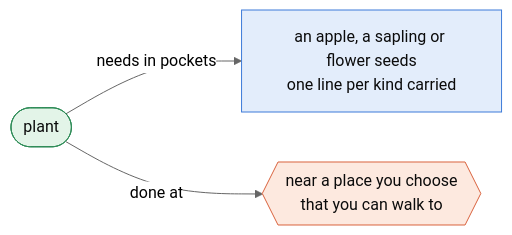
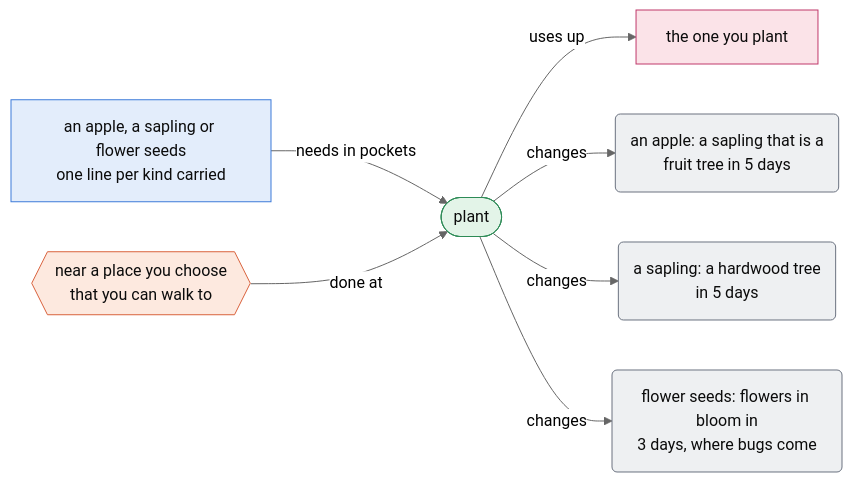
One commit to harjonillo/multiagent-island changed diagram 14 of 41 in docs/actions.md. Above: the diagram before and after it, drawn with Mermaid (neutral theme). The commit also changed other lines of this file and 9 other files, not shown here.

````diff
--- a/docs/actions.md
+++ b/docs/actions.md
@@ -341,13 +574,22 @@
 ```mermaid
 flowchart LR
     classDef act fill:#e3f4e8,stroke:#2e8b57,color:#0b0b0b
     classDef item fill:#e3edfb,stroke:#3d7bd9,color:#0b0b0b
     classDef place fill:#fde9df,stroke:#d9623d,color:#0b0b0b
     classDef cond fill:#fdf3d6,stroke:#eda100,color:#0b0b0b
+    classDef gain fill:#dff3f1,stroke:#1a8a7d,color:#0b0b0b
+    classDef spend fill:#fbe3e8,stroke:#c0396b,color:#0b0b0b
+    classDef change fill:#eef0f2,stroke:#6b7280,color:#0b0b0b
     A(["plant"])
-    A -- "needs in pockets" --> I0["an apple, a sapling or flower seeds<br/>one line per kind carried"]
-    A -- "done at" --> P0{{"near a place you choose<br/>that you can walk to"}}
+    It0["an apple, a sapling or flower seeds<br/>one line per kind carried"] -- "needs in pockets" --> A
+    Pl0{{"near a place you choose<br/>that you can walk to"}} -- "done at" --> A
+    A -- "uses up" --> Sp0["the one you plant"]
+    A -- "changes" --> Ch0("an apple: a sapling that is a<br/>fruit tree in 5 days")
+    A -- "changes" --> Ch1("a sapling: a hardwood tree<br/>in 5 days")
+    A -- "changes" --> Ch2("flower seeds: flowers in bloom in<br/>3 days, where bugs come")
     class A act
-    class I0 item
-    class P0 place
+    class It0 item
+    class Pl0 place
+    class Sp0 spend
+    class Ch0,Ch1,Ch2 change
 ```
````
